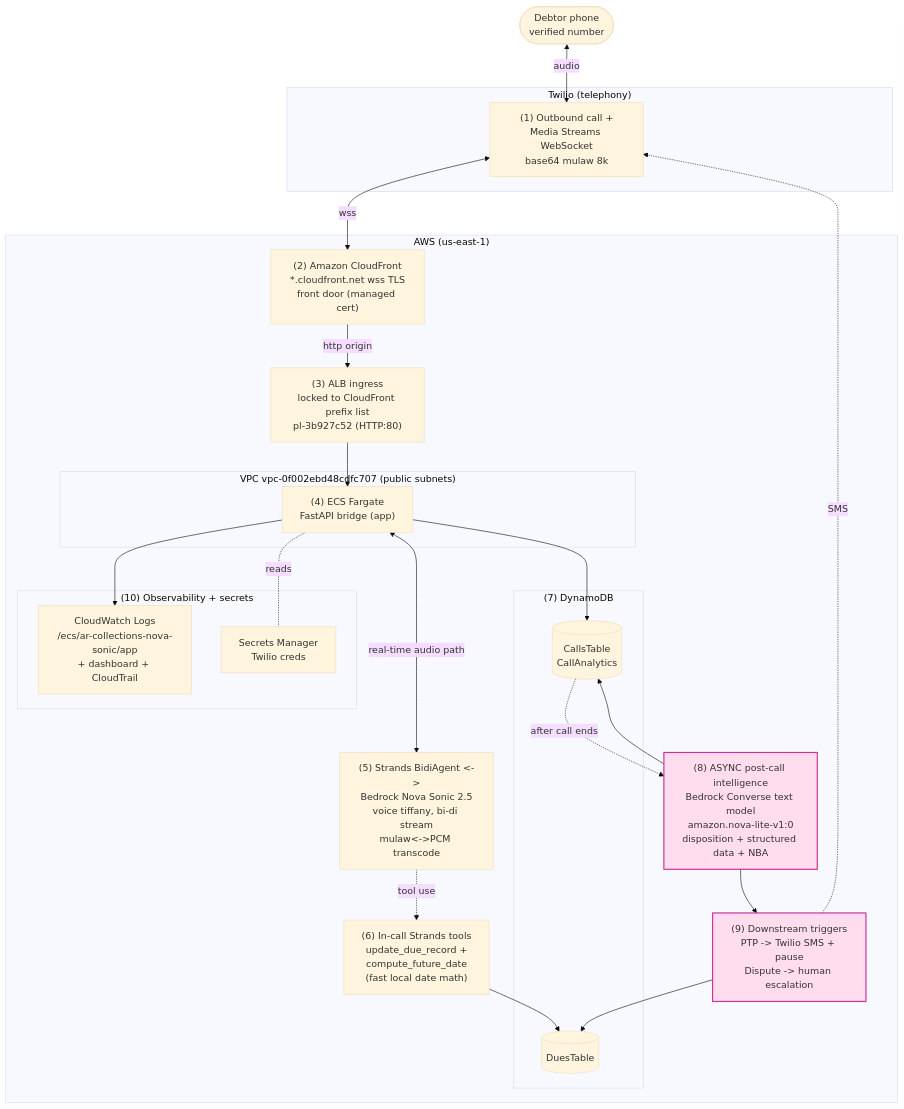
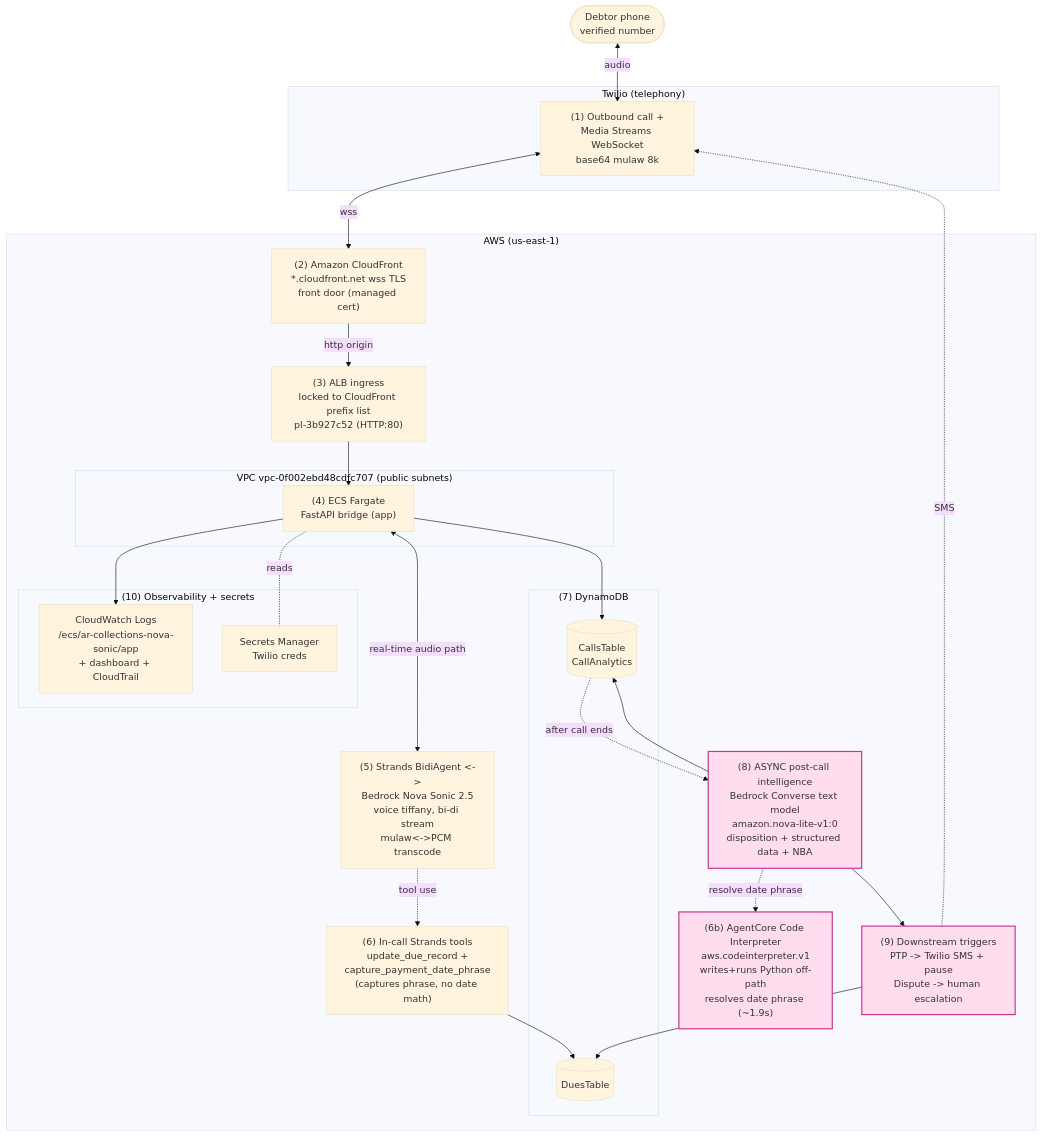
One commit to windson/twilio-nova-sonic-2-5 changed the diagram in docs/architecture.md. Above: the diagram before and after it, drawn with Mermaid (base theme). The commit also changed other lines of this file and 11 other files, not shown here.

First line of the commit message:
refactor: resolve dates via AgentCore Code Interpreter off-path

````diff
--- a/docs/architecture.md
+++ b/docs/architecture.md
@@ -14,54 +14,56 @@
 ```mermaid
 flowchart TB
     Debtor([Debtor phone<br/>verified number])
 
     subgraph Twilio["Twilio (telephony)"]
         T["(1) Outbound call +<br/>Media Streams WebSocket<br/>base64 mulaw 8k"]
     end
 
     subgraph AWS["AWS (us-east-1)"]
         CF["(2) Amazon CloudFront<br/>*.cloudfront.net wss TLS<br/>front door (managed cert)"]
         ALB["(3) ALB ingress<br/>locked to CloudFront prefix list<br/>pl-3b927c52 (HTTP:80)"]
 
         subgraph VPC["VPC vpc-0f002ebd48cdfc707 (public subnets)"]
             ECS["(4) ECS Fargate<br/>FastAPI bridge (app)"]
         end
 
         Sonic["(5) Strands BidiAgent &lt;-&gt;<br/>Bedrock Nova Sonic 2.5<br/>voice tiffany, bi-di stream<br/>mulaw&lt;-&gt;PCM transcode"]
-        Tools["(6) In-call Strands tools<br/>update_due_record +<br/>compute_future_date<br/>(fast local date math)"]
+        Tools["(6) In-call Strands tools<br/>update_due_record +<br/>capture_payment_date_phrase<br/>(captures phrase, no date math)"]
+        CI["(6b) AgentCore Code Interpreter<br/>aws.codeinterpreter.v1<br/>writes+runs Python off-path<br/>resolves date phrase (~1.9s)"]
 
         subgraph DDB["(7) DynamoDB"]
             Dues[(DuesTable)]
             Calls[(CallsTable<br/>CallAnalytics)]
         end
 
         Extract["(8) ASYNC post-call intelligence<br/>Bedrock Converse text model<br/>amazon.nova-lite-v1:0<br/>disposition + structured data + NBA"]
         Triggers["(9) Downstream triggers<br/>PTP -&gt; Twilio SMS + pause<br/>Dispute -&gt; human escalation"]
 
         subgraph Obs["(10) Observability + secrets"]
             CW["CloudWatch Logs<br/>/ecs/ar-collections-nova-sonic/app<br/>+ dashboard + CloudTrail"]
             SM["Secrets Manager<br/>Twilio creds"]
         end
     end
 
     Debtor <-->|audio| T
     T <-->|wss| CF
     CF -->|http origin| ALB
     ALB --> ECS
     ECS <-->|real-time audio path| Sonic
     Sonic -.tool use.-> Tools
     Tools --> Dues
     ECS --> Calls
 
     Calls -. after call ends .-> Extract
+    Extract -.resolve date phrase.-> CI
     Extract --> Triggers
     Triggers --> Dues
     Triggers -.->|SMS| T
     Extract --> Calls
 
     ECS --> CW
     ECS -. reads .- SM
 
     classDef async fill:#fde,stroke:#c39,stroke-width:2px;
-    class Extract,Triggers async;
+    class Extract,Triggers,CI async;
 ```
````
